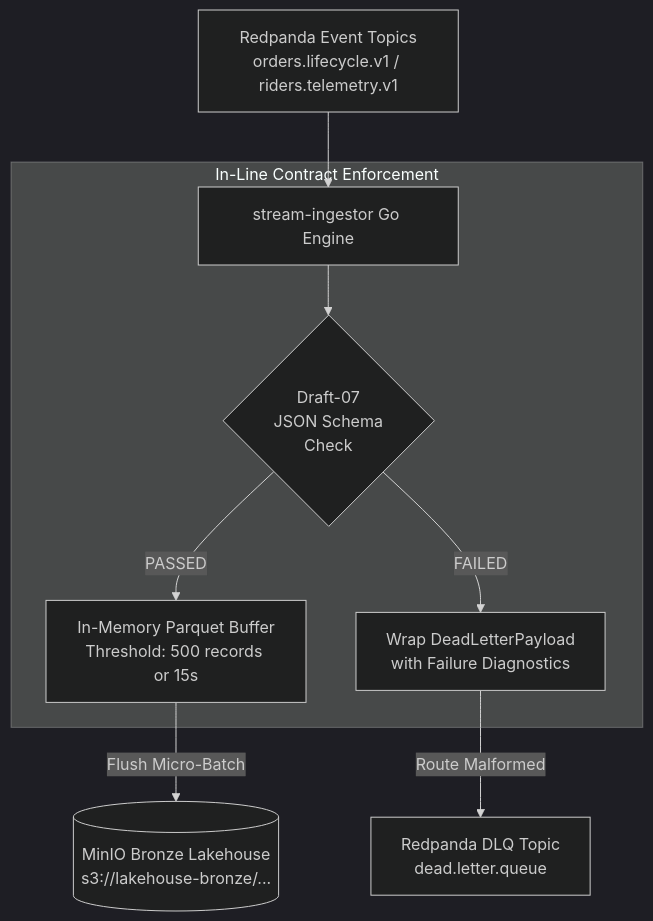
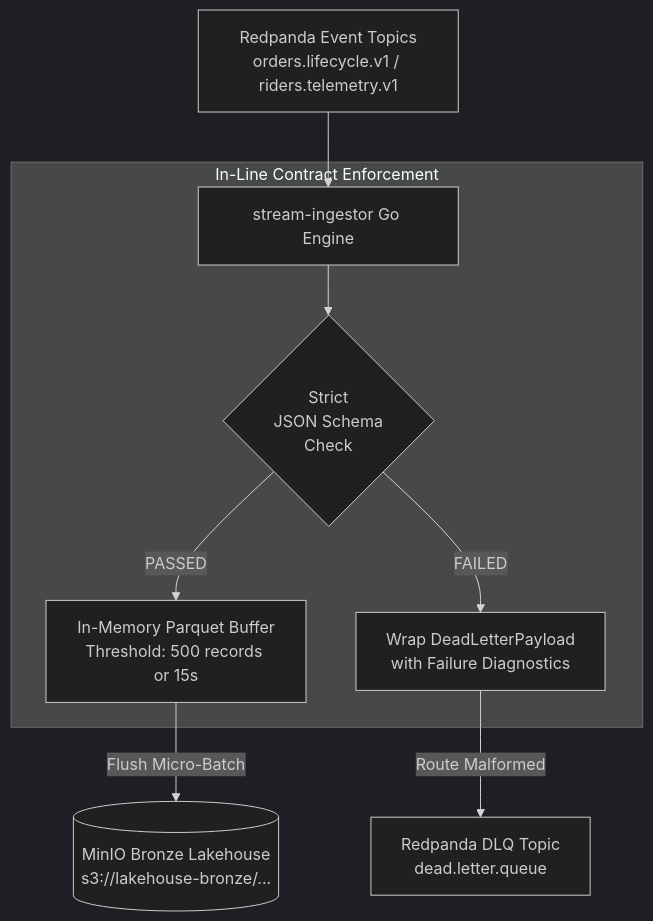
Before and after one commit to gxxtrp/CloudNative-DataPlatform: the diagram in docs/streaming/lakehouse-ingestion.md, drawn with Mermaid (dark theme). The commit also changed 3 other files, not shown here.

Commit message:
docs: standardize documentation for rider telemetry, data contracts, and lakehouse ingestion while updating README references to strict JSON schema validation.

````diff
--- a/docs/streaming/lakehouse-ingestion.md
+++ b/docs/streaming/lakehouse-ingestion.md
@@ -12,13 +12,13 @@
 ```mermaid
 flowchart TD
     RP[Redpanda Event Topics<br/>orders.lifecycle.v1 / riders.telemetry.v1] --> INGEST[stream-ingestor Go Engine]
 
     subgraph Validation["In-Line Contract Enforcement"]
-        INGEST --> SCHEMA{Draft-07<br/>JSON Schema<br/>Check}
+        INGEST --> SCHEMA{Strict<br/>JSON Schema<br/>Check}
         SCHEMA -->|PASSED| BUFFER[In-Memory Parquet Buffer<br/>Threshold: 500 records or 15s]
         SCHEMA -->|FAILED| DLQ_PACK[Wrap DeadLetterPayload<br/>with Failure Diagnostics]
     end
 
     BUFFER -->|Flush Micro-Batch| S3_BRONZE[(MinIO Bronze Lakehouse<br/>s3://lakehouse-bronze/...)]
     DLQ_PACK -->|Route Malformed| DLQ_TOPIC[Redpanda DLQ Topic<br/>dead.letter.queue]
 ```
````
